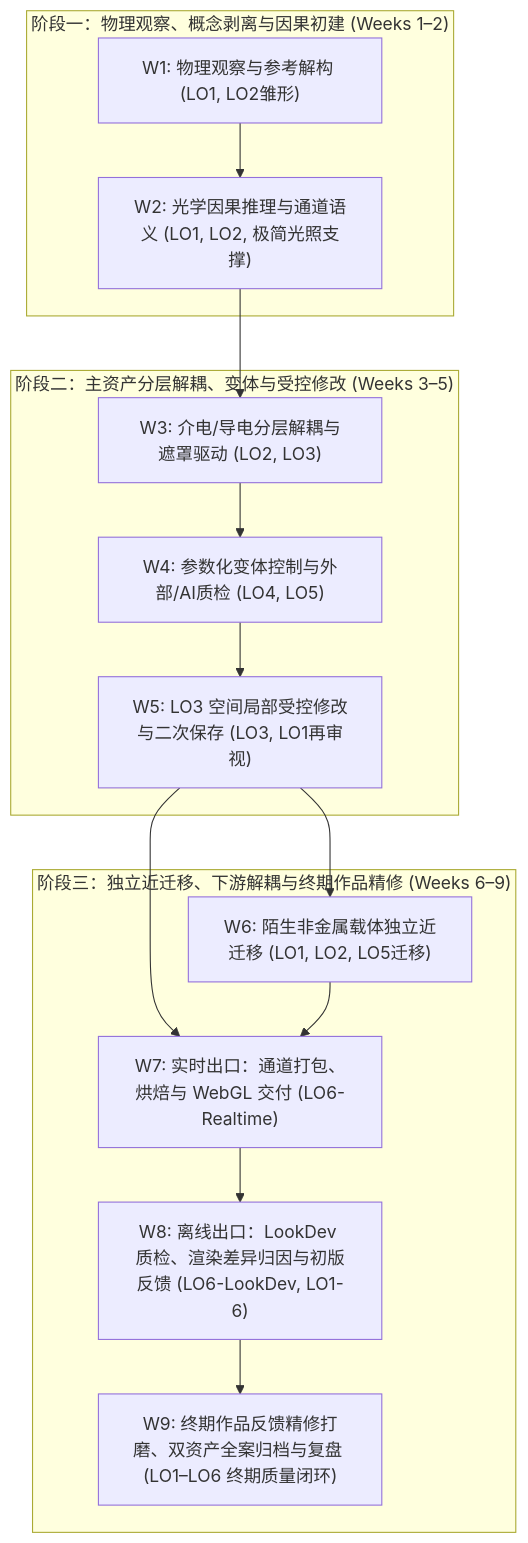
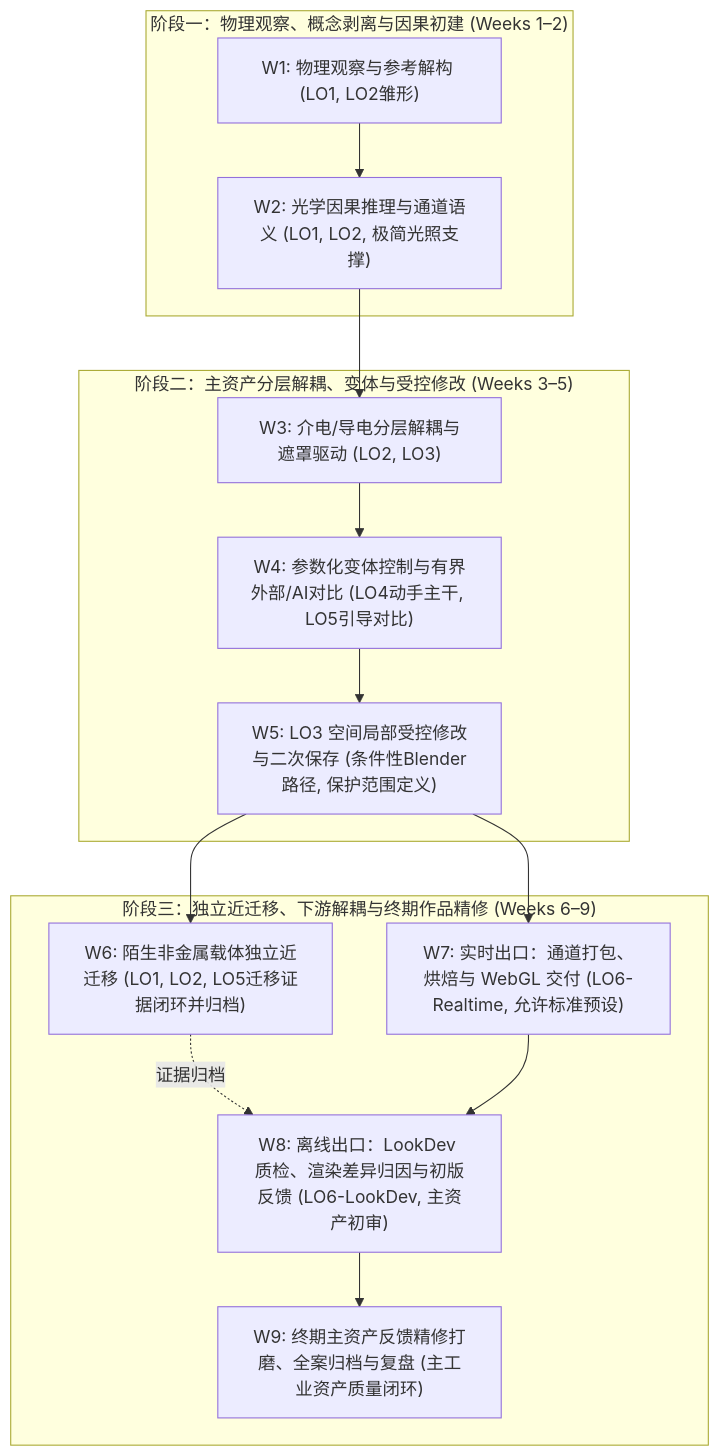
One commit to carllx/corso-pbr-materials changed the second of 2 diagrams in docs/research/week1-9-conditional-planning-draft-v0.2.md. Above: the diagram before and after it, drawn with Mermaid. The commit also changed other lines of this file and 1 other file, not shown here.

````diff
--- a/docs/research/week1-9-conditional-planning-draft-v0.2.md
+++ b/docs/research/week1-9-conditional-planning-draft-v0.2.md
@@ -157,20 +159,20 @@
 ```mermaid
 flowchart TD
   subgraph Stage1 ["阶段一：物理观察、概念剥离与因果初建 (Weeks 1–2)"]
     W1["W1: 物理观察与参考解构 (LO1, LO2雏形)"] --> W2["W2: 光学因果推理与通道语义 (LO1, LO2, 极简光照支撑)"]
   end
 
   subgraph Stage2 ["阶段二：主资产分层解耦、变体与受控修改 (Weeks 3–5)"]
     W2 --> W3["W3: 介电/导电分层解耦与遮罩驱动 (LO2, LO3)"]
-    W3 --> W4["W4: 参数化变体控制与外部/AI质检 (LO4, LO5)"]
-    W4 --> W5["W5: LO3 空间局部受控修改与二次保存 (LO3, LO1再审视)"]
+    W3 --> W4["W4: 参数化变体控制与有界外部/AI对比 (LO4动手主干, LO5引导对比)"]
+    W4 --> W5["W5: LO3 空间局部受控修改与二次保存 (条件性Blender路径, 保护范围定义)"]
   end
 
   subgraph Stage3 ["阶段三：独立近迁移、下游解耦与终期作品精修 (Weeks 6–9)"]
-    W5 --> W6["W6: 陌生非金属载体独立近迁移 (LO1, LO2, LO5迁移)"]
-    W5 --> W7["W7: 实时出口：通道打包、烘焙与 WebGL 交付 (LO6-Realtime)"]
-    W6 --> W7
-    W7 --> W8["W8: 离线出口：LookDev 质检、渲染差异归因与初版反馈 (LO6-LookDev, LO1-6)"]
-    W8 --> W9["W9: 终期作品反馈精修打磨、双资产全案归档与复盘 (LO1–LO6 终期质量闭环)"]
+    W5 --> W6["W6: 陌生非金属载体独立近迁移 (LO1, LO2, LO5迁移证据闭环并归档)"]
+    W5 --> W7["W7: 实时出口：通道打包、烘焙与 WebGL 交付 (LO6-Realtime, 允许标准预设)"]
+    W6 -.->|证据归档| W8
+    W7 --> W8["W8: 离线出口：LookDev 质检、渲染差异归因与初版反馈 (LO6-LookDev, 主资产初审)"]
+    W8 --> W9["W9: 终期主资产反馈精修打磨、全案归档与复盘 (主工业资产质量闭环)"]
   end
 ```
````
